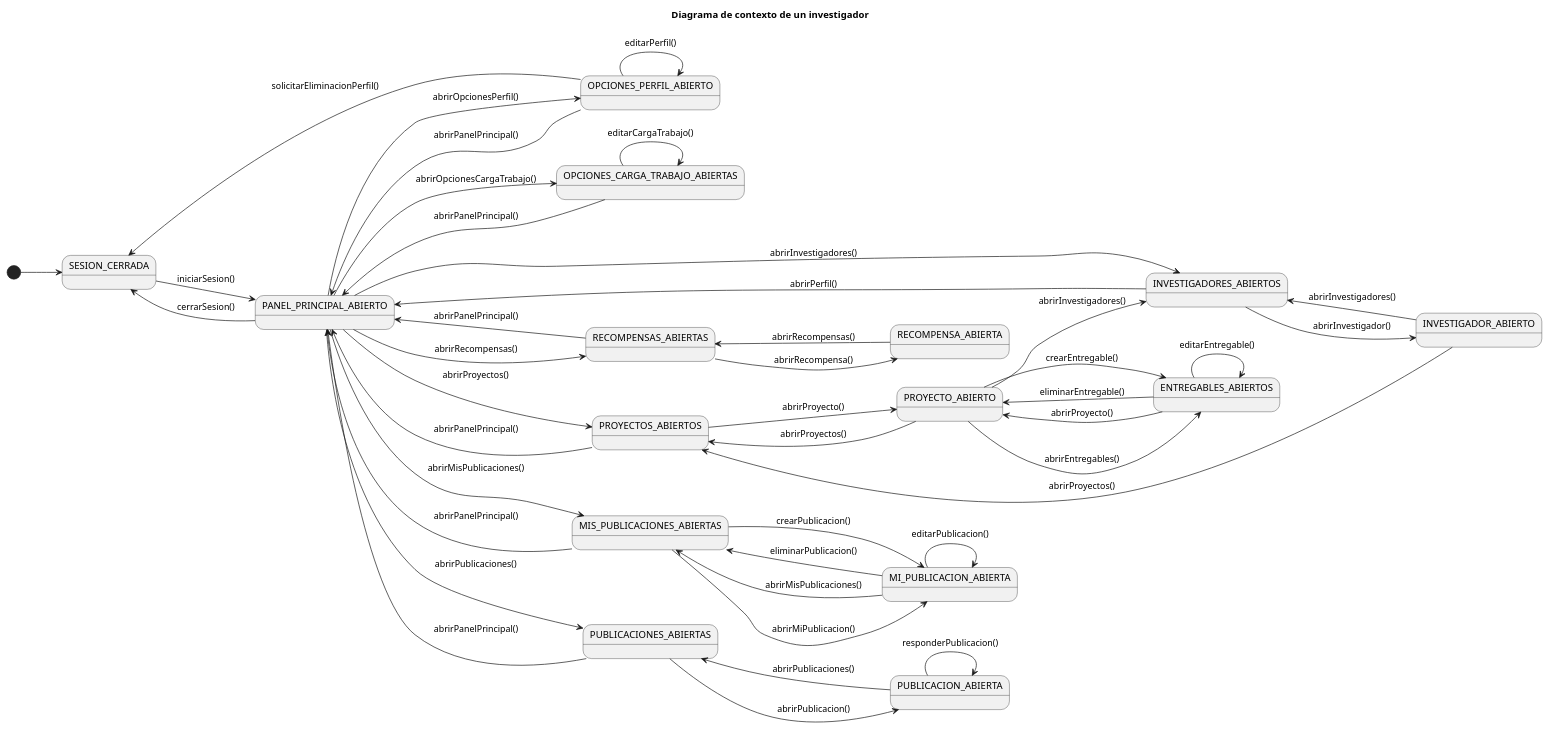
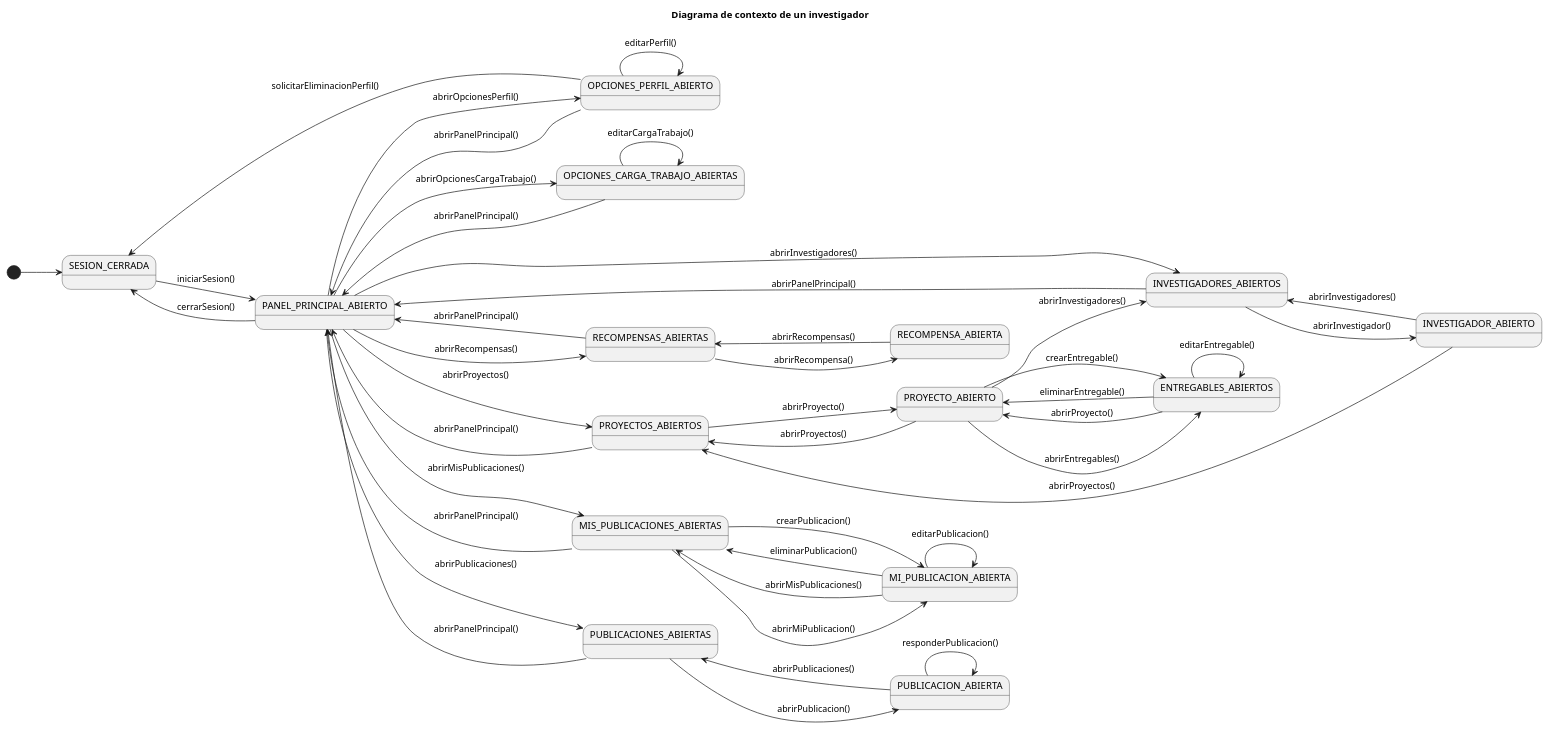
Before and after one commit to 31Diego/25-26-IdSw1-SdR: the diagram in documentación/CasosDeUso/Diagramas/DiagramaContextoInvestigador.puml, drawn with PlantUML. The commit also changed 1 other file, not shown here.

Commit message:
correccion de error en diagrama contexto investigador

```diff
--- a/documentación/CasosDeUso/Diagramas/DiagramaContextoInvestigador.puml
+++ b/documentación/CasosDeUso/Diagramas/DiagramaContextoInvestigador.puml
@@ -1,62 +1,62 @@
 @startuml DiagramaContextoInvestigador
 
 title Diagrama de contexto de un investigador
 
 left to right direction
 
 [*] --> SESION_CERRADA
 SESION_CERRADA --> PANEL_PRINCIPAL_ABIERTO: iniciarSesion()
 PANEL_PRINCIPAL_ABIERTO --> SESION_CERRADA: cerrarSesion()
 
 PANEL_PRINCIPAL_ABIERTO --> OPCIONES_PERFIL_ABIERTO: abrirOpcionesPerfil()
 PANEL_PRINCIPAL_ABIERTO --> OPCIONES_CARGA_TRABAJO_ABIERTAS: abrirOpcionesCargaTrabajo()
 PANEL_PRINCIPAL_ABIERTO --> PROYECTOS_ABIERTOS: abrirProyectos()
 PANEL_PRINCIPAL_ABIERTO --> INVESTIGADORES_ABIERTOS: abrirInvestigadores()
 PANEL_PRINCIPAL_ABIERTO --> MIS_PUBLICACIONES_ABIERTAS: abrirMisPublicaciones()
 PANEL_PRINCIPAL_ABIERTO --> PUBLICACIONES_ABIERTAS: abrirPublicaciones()
 PANEL_PRINCIPAL_ABIERTO --> RECOMPENSAS_ABIERTAS: abrirRecompensas()
 
 
 
 OPCIONES_PERFIL_ABIERTO --> OPCIONES_PERFIL_ABIERTO: editarPerfil()
 OPCIONES_PERFIL_ABIERTO --> SESION_CERRADA: solicitarEliminacionPerfil()
 OPCIONES_PERFIL_ABIERTO --> PANEL_PRINCIPAL_ABIERTO: abrirPanelPrincipal()
 
 OPCIONES_CARGA_TRABAJO_ABIERTAS --> OPCIONES_CARGA_TRABAJO_ABIERTAS: editarCargaTrabajo()
 OPCIONES_CARGA_TRABAJO_ABIERTAS --> PANEL_PRINCIPAL_ABIERTO: abrirPanelPrincipal()
 
 PUBLICACIONES_ABIERTAS --> PUBLICACION_ABIERTA: abrirPublicacion()
 PUBLICACION_ABIERTA --> PUBLICACION_ABIERTA: responderPublicacion()
 PUBLICACION_ABIERTA --> PUBLICACIONES_ABIERTAS: abrirPublicaciones()
 PUBLICACIONES_ABIERTAS --> PANEL_PRINCIPAL_ABIERTO: abrirPanelPrincipal()
 
 MIS_PUBLICACIONES_ABIERTAS --> MI_PUBLICACION_ABIERTA: abrirMiPublicacion()
 MIS_PUBLICACIONES_ABIERTAS --> MI_PUBLICACION_ABIERTA: crearPublicacion()
 MI_PUBLICACION_ABIERTA --> MI_PUBLICACION_ABIERTA: editarPublicacion()
 MI_PUBLICACION_ABIERTA --> MIS_PUBLICACIONES_ABIERTAS: eliminarPublicacion()
 MIS_PUBLICACIONES_ABIERTAS --> PANEL_PRINCIPAL_ABIERTO: abrirPanelPrincipal()
 MI_PUBLICACION_ABIERTA --> MIS_PUBLICACIONES_ABIERTAS: abrirMisPublicaciones()
 
 PROYECTOS_ABIERTOS --> PROYECTO_ABIERTO: abrirProyecto()
 PROYECTOS_ABIERTOS --> PANEL_PRINCIPAL_ABIERTO: abrirPanelPrincipal()
 
 RECOMPENSAS_ABIERTAS --> RECOMPENSA_ABIERTA: abrirRecompensa()
 RECOMPENSA_ABIERTA --> RECOMPENSAS_ABIERTAS: abrirRecompensas()
 RECOMPENSAS_ABIERTAS --> PANEL_PRINCIPAL_ABIERTO: abrirPanelPrincipal()
 
 
 PROYECTO_ABIERTO --> ENTREGABLES_ABIERTOS: abrirEntregables()
 PROYECTO_ABIERTO --> ENTREGABLES_ABIERTOS: crearEntregable()
 PROYECTO_ABIERTO --> INVESTIGADORES_ABIERTOS: abrirInvestigadores()
 PROYECTO_ABIERTO --> PROYECTOS_ABIERTOS: abrirProyectos()
 
 ENTREGABLES_ABIERTOS --> ENTREGABLES_ABIERTOS: editarEntregable()
 ENTREGABLES_ABIERTOS --> PROYECTO_ABIERTO: eliminarEntregable()
 ENTREGABLES_ABIERTOS --> PROYECTO_ABIERTO: abrirProyecto()
 
 INVESTIGADORES_ABIERTOS --> INVESTIGADOR_ABIERTO: abrirInvestigador()
-INVESTIGADORES_ABIERTOS --> PANEL_PRINCIPAL_ABIERTO: abrirPerfil()
+INVESTIGADORES_ABIERTOS --> PANEL_PRINCIPAL_ABIERTO: abrirPanelPrincipal()
 INVESTIGADOR_ABIERTO --> INVESTIGADORES_ABIERTOS: abrirInvestigadores()
 INVESTIGADOR_ABIERTO --> PROYECTOS_ABIERTOS: abrirProyectos()
 
 @enduml
```
